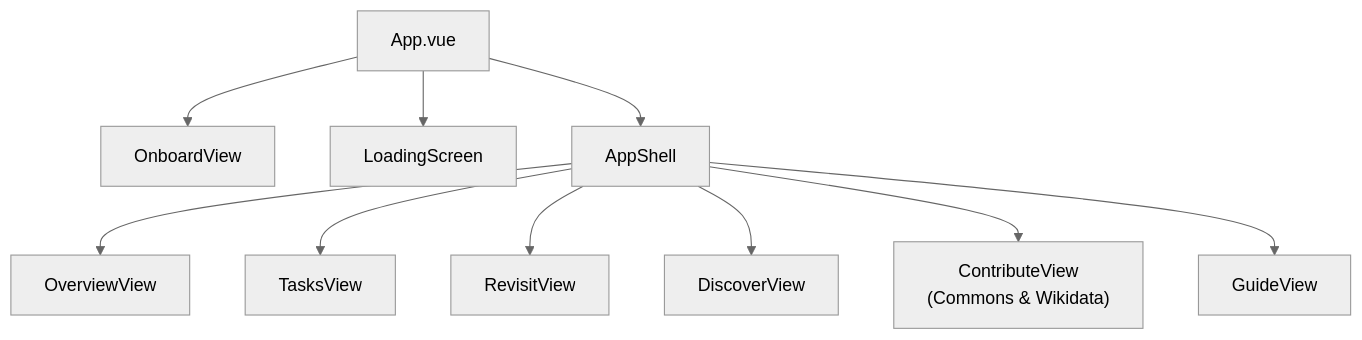
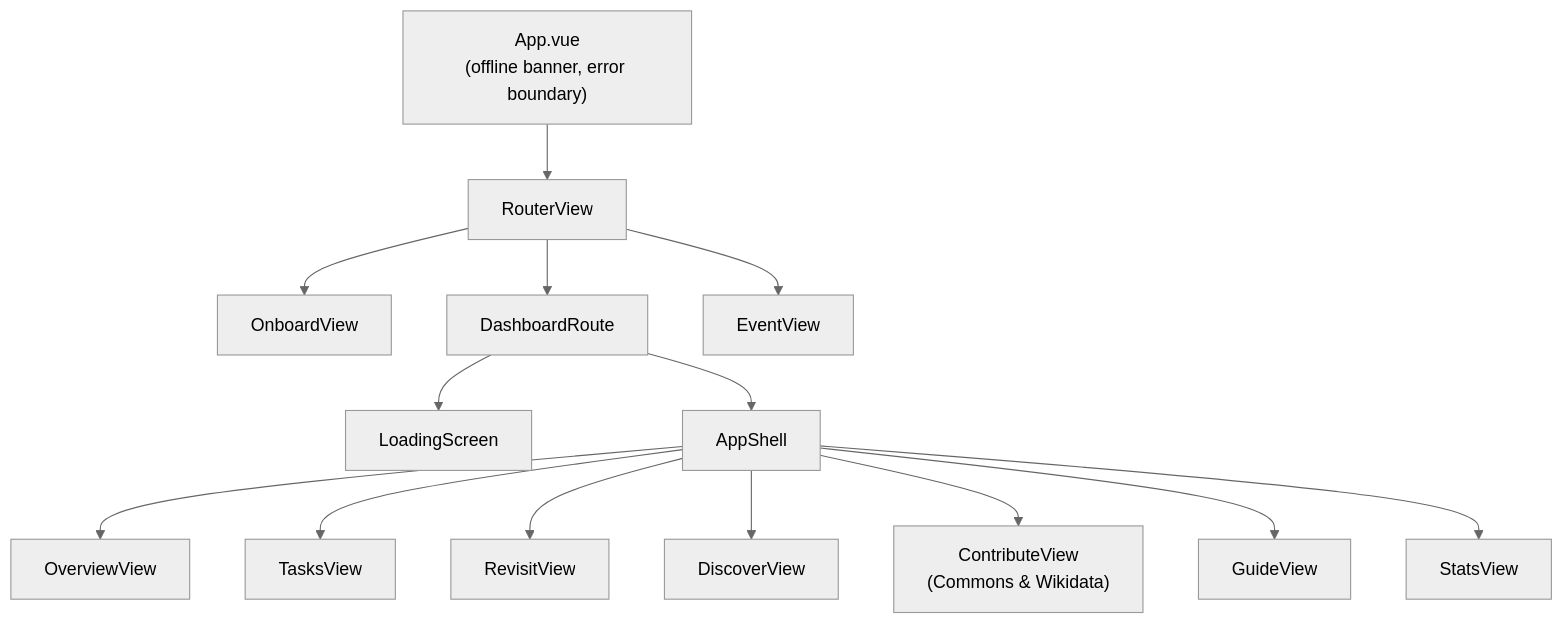
The first of 2 diagrams in wiki/Frontend-State.md (Wikimedians-of-Kerala-UG-Technical/Compass), drawn with Mermaid (neutral theme) before and after one commit. The commit also changed other lines of this file and 21 other files, not shown here.

````diff
--- a/wiki/Frontend-State.md
+++ b/wiki/Frontend-State.md
@@ -12,12 +28,16 @@
 ```mermaid
 flowchart TB
-    App["App.vue"] --> O["OnboardView"]
-    App --> L["LoadingScreen"]
-    App --> S["AppShell"]
+    App["App.vue<br/>(offline banner, error boundary)"] --> R["RouterView"]
+    R --> O["OnboardView"]
+    R --> D["DashboardRoute"]
+    R --> EV["EventView"]
+    D --> L["LoadingScreen"]
+    D --> S["AppShell"]
     S --> V1["OverviewView"]
     S --> V2["TasksView"]
     S --> V3["RevisitView"]
     S --> V4["DiscoverView"]
     S --> V5["ContributeView<br/>(Commons & Wikidata)"]
     S --> V6["GuideView"]
+    S --> V7["StatsView"]
 ```
````
